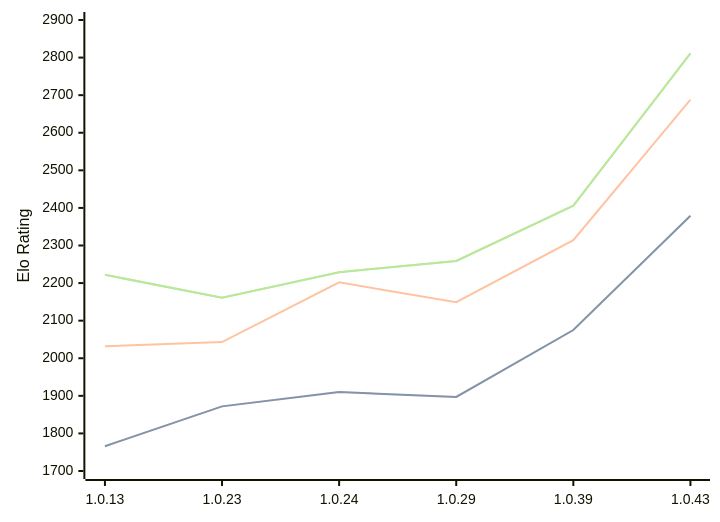
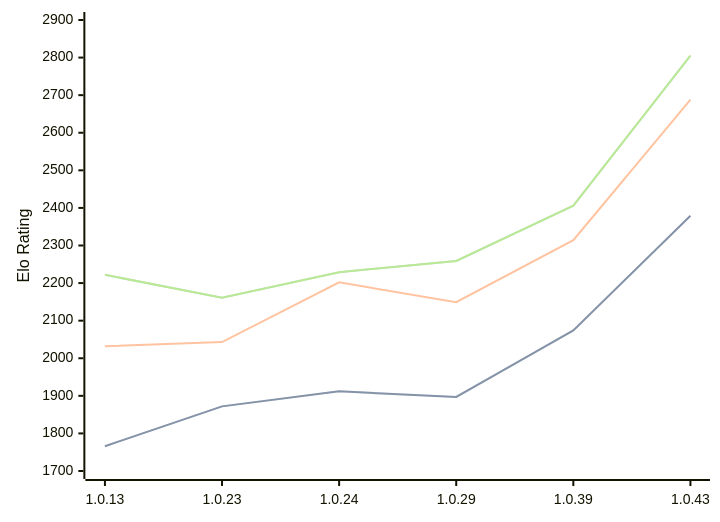
Before and after one commit to computer-chess-index/cci: the first of 3 diagrams in engines/RustyRival.md, drawn with Mermaid. The commit also changed other lines of this file, not shown here.

Commit message:
Update CCI Ratings (ELO VLTC) - 2026-07-12

````diff
--- a/engines/RustyRival.md
+++ b/engines/RustyRival.md
@@ -68,11 +68,11 @@
 ```mermaid
 %%{init: {"theme":"base","themeVariables":{"seriesColors:['#a3a3a3','#222221','#faa371']}}}%%
 xychart-beta
   x-axis ["1.0.13", "1.0.23", "1.0.24", "1.0.29", "1.0.39", "1.0.43"]
   y-axis "Elo Rating" 1700 --> 2900
-  line "STC (8.0+0.08s)" [1766, 1872, 1910, 1897, 2075, 2379]
-  line "STC (8.0+0.08s)" [1766, 1872, 1910, 1897, 2075, 2379]
+  line "STC (8.0+0.08s)" [1766, 1872, 1912, 1897, 2074, 2379]
+  line "STC (8.0+0.08s)" [1766, 1872, 1912, 1897, 2074, 2379]
   line "LTC (60.0+0.60s)" [2032, 2043, 2202, 2149, 2314, 2688]
-  line "VLTC (2m24s+1.12s)" [2222, 2161, 2229, 2259, 2406, 2811]
-  line "VLTC (2m24s+1.12s)" [2222, 2161, 2229, 2259, 2406, 2811]
+  line "VLTC (2m24s+1.12s)" [2222, 2161, 2229, 2259, 2406, 2805]
+  line "VLTC (2m24s+1.12s)" [2222, 2161, 2229, 2259, 2406, 2805]
 ```
````
